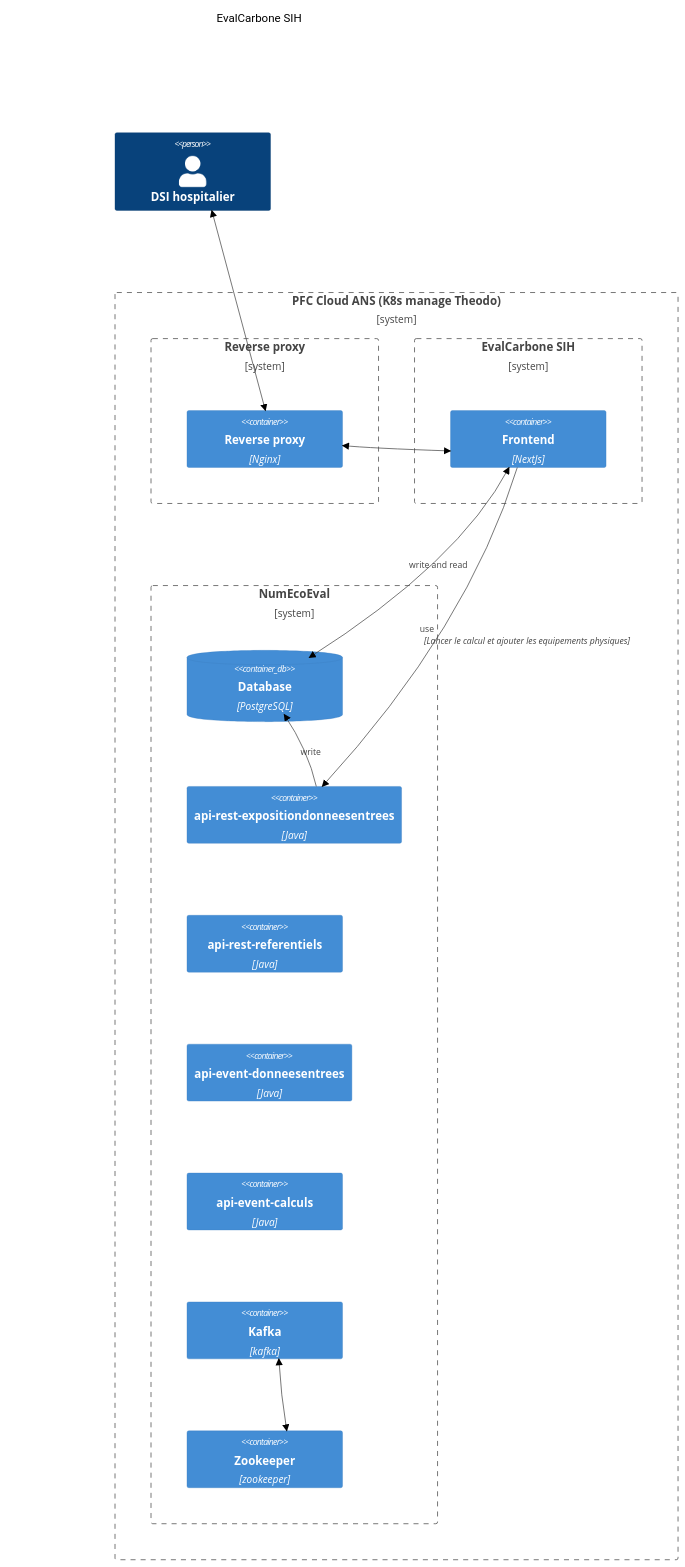
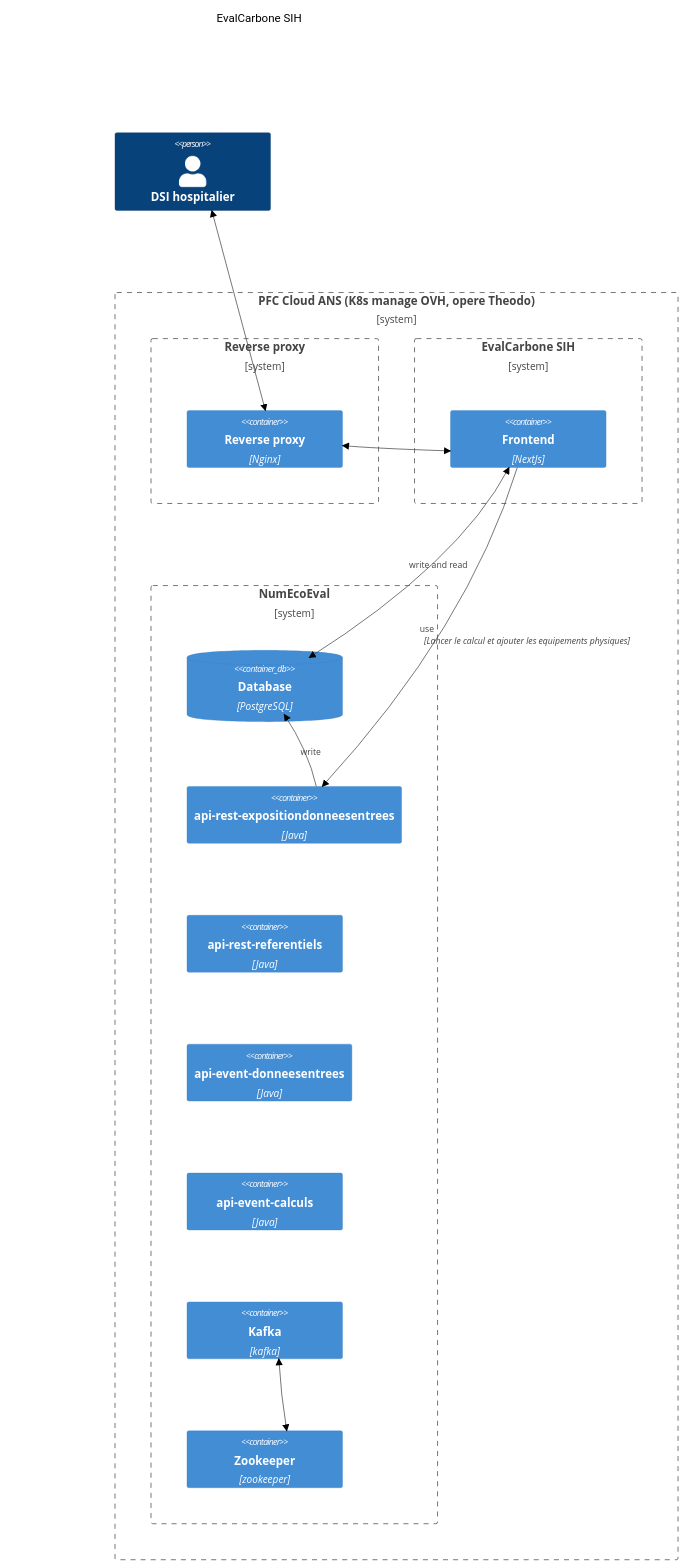
Before and after one commit to padok-runner/baywatch-estimate: the diagram in ans-evalcarbone/schema.mmd, drawn with Mermaid (neutral theme). The commit also changed 3 other files, not shown here.

First line of the commit message:
Clarify PFC: Kubernetes managed by OVH (MKS), operated by Theodo

```diff
--- a/ans-evalcarbone/schema.mmd
+++ b/ans-evalcarbone/schema.mmd
@@ -1,34 +1,34 @@
 C4Context
 title EvalCarbone SIH
 
 Person(dsi, "DSI hospitalier")
 
-Boundary(pfc, "PFC Cloud ANS (K8s manage Theodo)") {
+Boundary(pfc, "PFC Cloud ANS (K8s manage OVH, opere Theodo)") {
   Boundary(reverse-proxy, "Reverse proxy") {
     Container(reverse-proxy, "Reverse proxy", "Nginx")
   }
 
   Boundary(eval-carbone-sih, "EvalCarbone SIH") {
     Container(front, "Frontend", "NextJs")
   }
 
   Boundary(num-eco-eval, "NumEcoEval") {
     ContainerDb(db, "Database", "PostgreSQL")
     Container(expositiondonneesentrees, "api-rest-expositiondonneesentrees", "Java")
     Container(referentiels, "api-rest-referentiels", "Java")
     Container(donneesentrees, "api-event-donneesentrees", "Java")
     Container(calculs, "api-event-calculs", "Java")
     Container(kafka, "Kafka", "kafka")
     Container(zookeeper, "Zookeeper", "zookeeper")
   }
 }
 
 BiRel(dsi, reverse-proxy, "")
 
 BiRel(kafka, zookeeper, "")
 
 Rel(expositiondonneesentrees, db, "write")
 
 BiRel(front, db, "write and read")
 BiRel(reverse-proxy, front, "")
 Rel(front, expositiondonneesentrees, "use", "Lancer le calcul et ajouter les equipements physiques")
```
